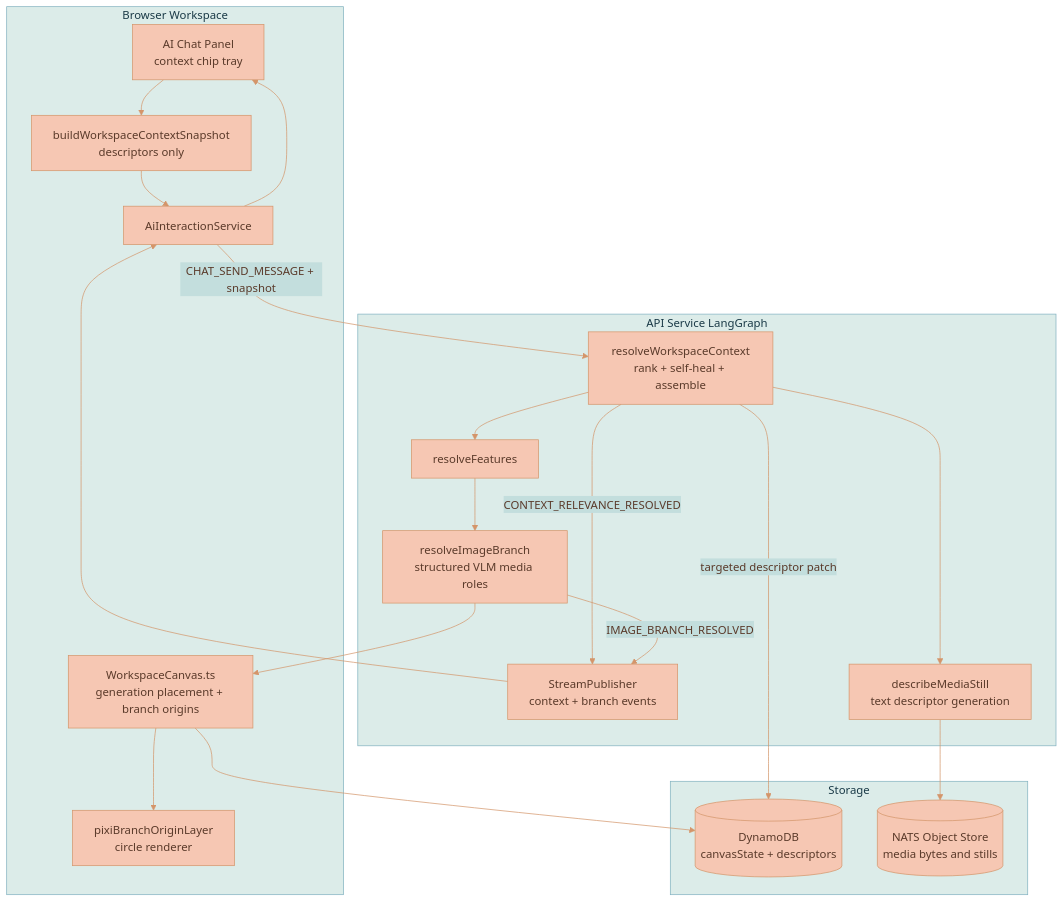
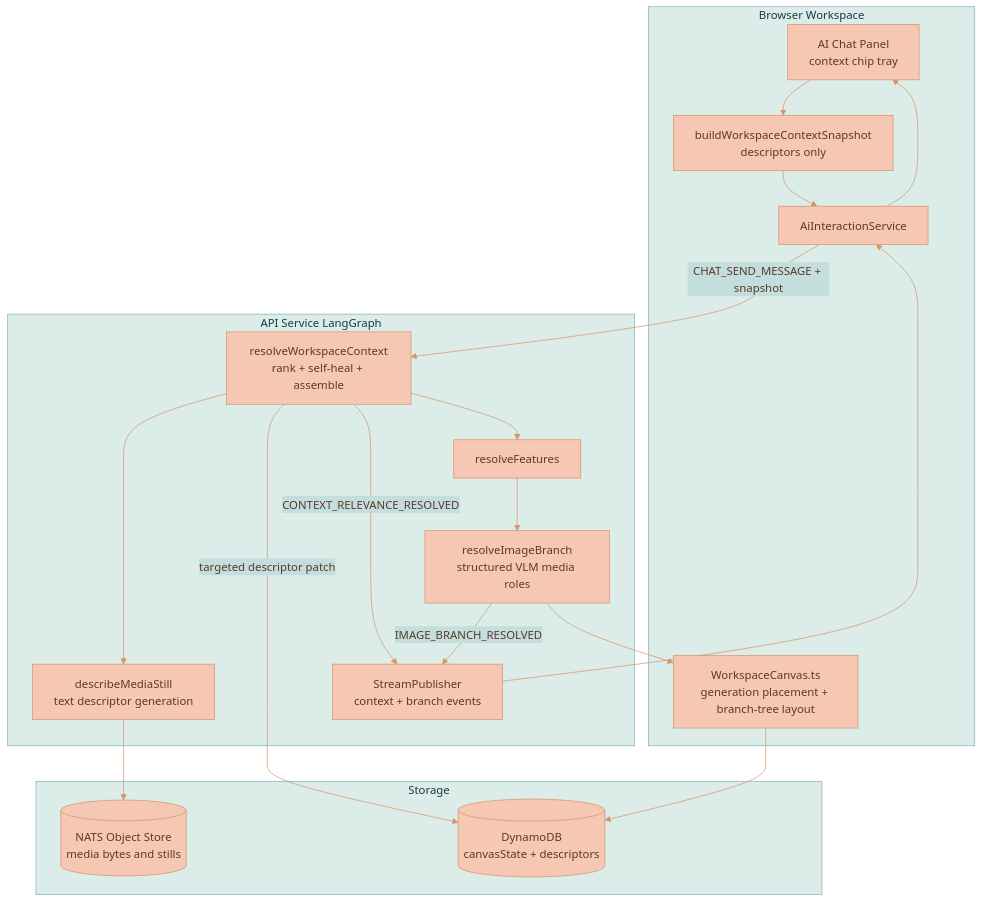
Before and after one commit to Lixpi/lixpi: the first of 2 diagrams in documentation/ai-chat/CONTEXT-RELEVANCE.md, drawn with Mermaid. The commit also changed other lines of this file and 7 other files, not shown here.

Commit message:
LIX-222 # Promote branch lineage layout docs

````diff
--- a/documentation/ai-chat/CONTEXT-RELEVANCE.md
+++ b/documentation/ai-chat/CONTEXT-RELEVANCE.md
@@ -111,40 +112,38 @@
 ```mermaid
 %%{init: {'theme': 'base', 'themeVariables': { 'primaryColor': '#F6C7B3', 'primaryTextColor': '#5a3a2a', 'primaryBorderColor': '#d4956a', 'secondaryColor': '#C3DEDD', 'secondaryTextColor': '#1a3a47', 'secondaryBorderColor': '#4a8a9d', 'tertiaryColor': '#DCECE9', 'tertiaryTextColor': '#1a3a47', 'tertiaryBorderColor': '#82B2C0', 'lineColor': '#d4956a', 'textColor': '#5a3a2a'}}}%%
 flowchart TB
     subgraph Browser["Browser Workspace"]
         Panel[AI Chat Panel<br/>context chip tray]
         Snapshot[buildWorkspaceContextSnapshot<br/>descriptors only]
         AIS[AiInteractionService]
-        Canvas[WorkspaceCanvas.ts<br/>generation placement + branch origins]
-        BranchLayer[pixiBranchOriginLayer<br/>circle renderer]
+        Canvas[WorkspaceCanvas.ts<br/>generation placement + branch-tree layout]
     end
 
     subgraph API["API Service LangGraph"]
         Relevance[resolveWorkspaceContext<br/>rank + self-heal + assemble]
         Features[resolveFeatures]
         Branch[resolveImageBranch<br/>structured VLM media roles]
         Stream[StreamPublisher<br/>context + branch events]
         Describe[describeMediaStill<br/>text descriptor generation]
     end
 
     subgraph Storage["Storage"]
         DDB[(DynamoDB<br/>canvasState + descriptors)]
         Objects[(NATS Object Store<br/>media bytes and stills)]
     end
 
     Panel --> Snapshot
     Snapshot --> AIS
     AIS -->|CHAT_SEND_MESSAGE + snapshot| Relevance
     Relevance --> Describe
     Describe --> Objects
     Relevance -->|targeted descriptor patch| DDB
     Relevance -->|CONTEXT_RELEVANCE_RESOLVED| Stream
     Stream --> AIS
     AIS --> Panel
     Relevance --> Features
     Features --> Branch
     Branch -->|IMAGE_BRANCH_RESOLVED| Stream
     Branch --> Canvas
-    Canvas --> BranchLayer
     Canvas --> DDB
 ```
````
